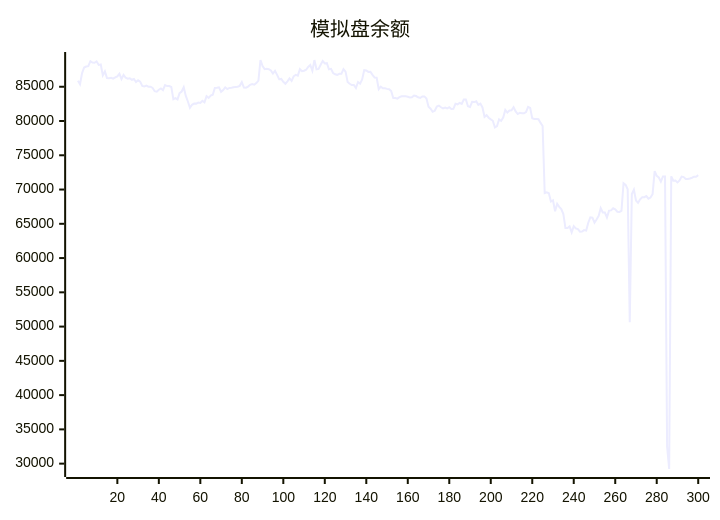
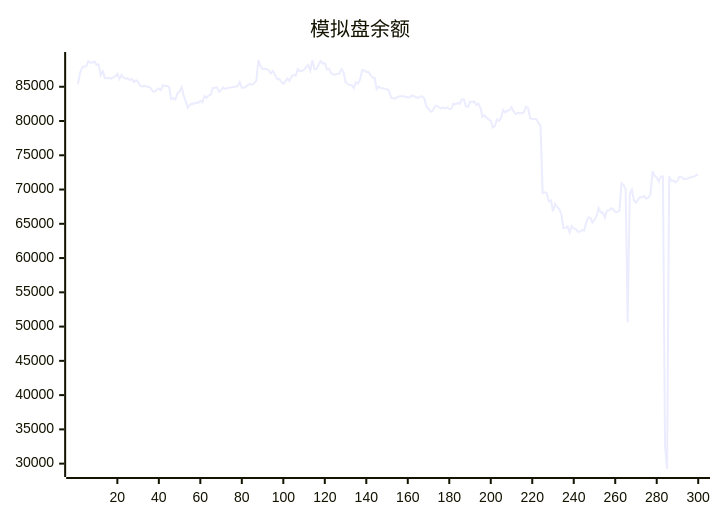
Before and after one commit to aahl/ai-trading: the diagram in README.md, drawn with Mermaid. The commit also changed other lines of this file and 1 other file, not shown here.

````diff
--- a/README.md
+++ b/README.md
@@ -5,5 +5,5 @@
 ```mermaid
 xychart
     title "模拟盘余额"
-    line [85891,85384,87001,87811,87945,88007,88734,88528,88495,88705,88189,88248,86662,87234,86279,86251,86314,86177,86364,86503,86886,86114,86731,86310,86176,86240,86017,86136,85685,85938,85749,85111,85044,85164,85016,85008,84824,84354,84287,84572,84745,84500,85234,85096,85095,84970,83180,83338,83157,84070,84309,84922,83667,82850,81924,82369,82552,82539,82695,82648,82962,82728,83619,83378,83710,83825,84819,84854,84917,84265,84527,84919,84668,84834,84850,84916,84981,85004,85131,85674,84891,84864,85019,85284,85393,85294,85538,85894,88904,88012,87567,87625,87568,87386,86920,87313,86737,86094,86143,85725,85437,85787,86219,85859,86526,86740,86630,87563,87264,87335,87483,87886,88180,87335,88894,87544,87608,88207,88755,88401,88444,87543,87608,87000,86810,86740,86894,86884,87576,87209,85686,85435,85251,85255,84820,85689,85453,86066,87420,87373,87161,87178,86740,86341,86315,84643,85012,84772,84768,84690,84635,84376,83360,83357,83259,83474,83608,83606,83602,83548,83440,83454,83724,83644,83464,83365,83590,83592,83275,82072,81806,81344,81492,82109,82254,82006,81848,81955,81829,82022,81769,81776,82522,82441,82656,82498,83144,83144,82150,82038,82797,82763,82872,82367,82536,81981,80612,80862,80484,80242,80034,79063,79245,80226,80016,80507,81625,81233,81544,81578,82016,81401,81019,81186,81130,81118,81306,82066,81909,80392,80304,80291,80258,79729,79261,69466,69579,69456,68251,68415,66832,67911,67462,67144,66432,64380,64375,64606,63740,64647,64324,64216,63842,63877,64078,64008,65156,65945,65888,65157,65625,66144,67284,66653,66639,65924,66925,66956,67263,67108,66766,66729,66886,70927,70673,70049,50652,69334,69973,68400,68061,68578,68876,68879,69055,68662,68822,69329,72687,71999,71760,71162,71911,71896,32500,29218,71927,71297,71305,71044,71337,71883,71822,71536,71536,71622,71723,71880,71860,72100]
+    line [85384,87001,87811,87945,88007,88734,88528,88495,88705,88189,88248,86662,87234,86279,86251,86314,86177,86364,86503,86886,86114,86731,86310,86176,86240,86017,86136,85685,85938,85749,85111,85044,85164,85016,85008,84824,84354,84287,84572,84745,84500,85234,85096,85095,84970,83180,83338,83157,84070,84309,84922,83667,82850,81924,82369,82552,82539,82695,82648,82962,82728,83619,83378,83710,83825,84819,84854,84917,84265,84527,84919,84668,84834,84850,84916,84981,85004,85131,85674,84891,84864,85019,85284,85393,85294,85538,85894,88904,88012,87567,87625,87568,87386,86920,87313,86737,86094,86143,85725,85437,85787,86219,85859,86526,86740,86630,87563,87264,87335,87483,87886,88180,87335,88894,87544,87608,88207,88755,88401,88444,87543,87608,87000,86810,86740,86894,86884,87576,87209,85686,85435,85251,85255,84820,85689,85453,86066,87420,87373,87161,87178,86740,86341,86315,84643,85012,84772,84768,84690,84635,84376,83360,83357,83259,83474,83608,83606,83602,83548,83440,83454,83724,83644,83464,83365,83590,83592,83275,82072,81806,81344,81492,82109,82254,82006,81848,81955,81829,82022,81769,81776,82522,82441,82656,82498,83144,83144,82150,82038,82797,82763,82872,82367,82536,81981,80612,80862,80484,80242,80034,79063,79245,80226,80016,80507,81625,81233,81544,81578,82016,81401,81019,81186,81130,81118,81306,82066,81909,80392,80304,80291,80258,79729,79261,69466,69579,69456,68251,68415,66832,67911,67462,67144,66432,64380,64375,64606,63740,64647,64324,64216,63842,63877,64078,64008,65156,65945,65888,65157,65625,66144,67284,66653,66639,65924,66925,66956,67263,67108,66766,66729,66886,70927,70673,70049,50652,69334,69973,68400,68061,68578,68876,68879,69055,68662,68822,69329,72687,71999,71760,71162,71911,71896,32500,29218,71927,71297,71305,71044,71337,71883,71822,71536,71536,71622,71723,71880,71860,72100,72216]
 ```
````
